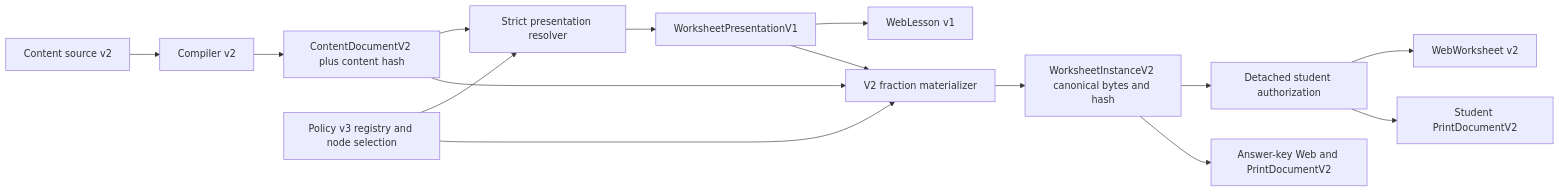
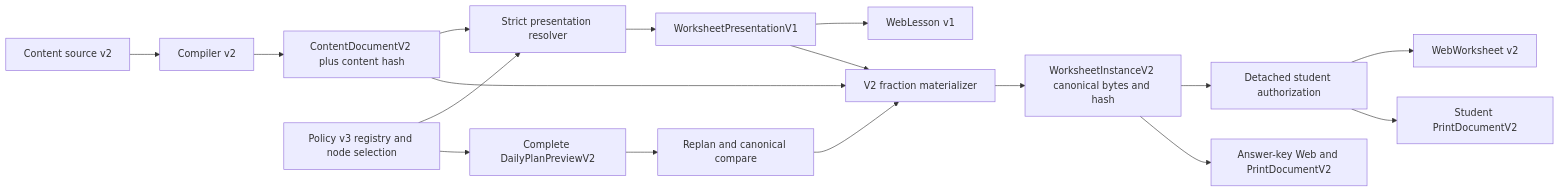
Before and after one commit to kazu-42/exercisebook.app: the first of 2 diagrams in specs/content-derived-presentation-v1.md, drawn with Mermaid. The commit also changed other lines of this file and 17 other files, not shown here.

````diff
--- a/specs/content-derived-presentation-v1.md
+++ b/specs/content-derived-presentation-v1.md
@@ -514,17 +536,19 @@
 ```mermaid
 flowchart LR
   S[Content source v2] --> C[Compiler v2]
   C --> D[ContentDocumentV2 plus content hash]
   P[Policy v3 registry and node selection] --> R[Strict presentation resolver]
   D --> R
   R --> V[WorksheetPresentationV1]
   V --> L[WebLesson v1]
-  P --> M[V2 fraction materializer]
+  P --> Q[Complete DailyPlanPreviewV2]
+  Q --> X[Replan and canonical compare]
+  X --> M[V2 fraction materializer]
   D --> M
   V --> M
   M --> I[WorksheetInstanceV2 canonical bytes and hash]
   I --> A[Detached student authorization]
   A --> W[WebWorksheet v2]
   A --> T[Student PrintDocumentV2]
   I --> K[Answer-key Web and PrintDocumentV2]
 ```
````
